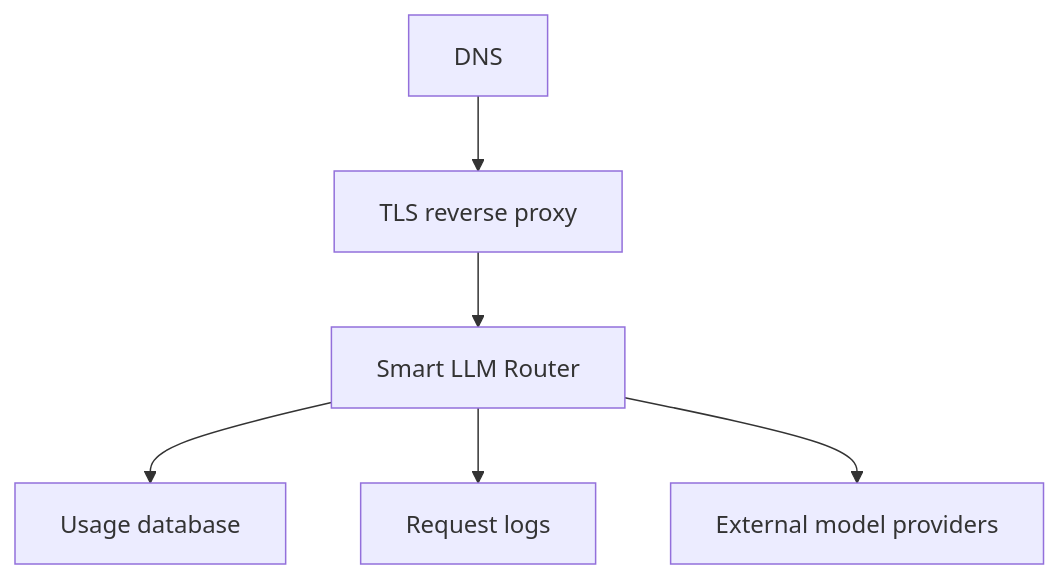
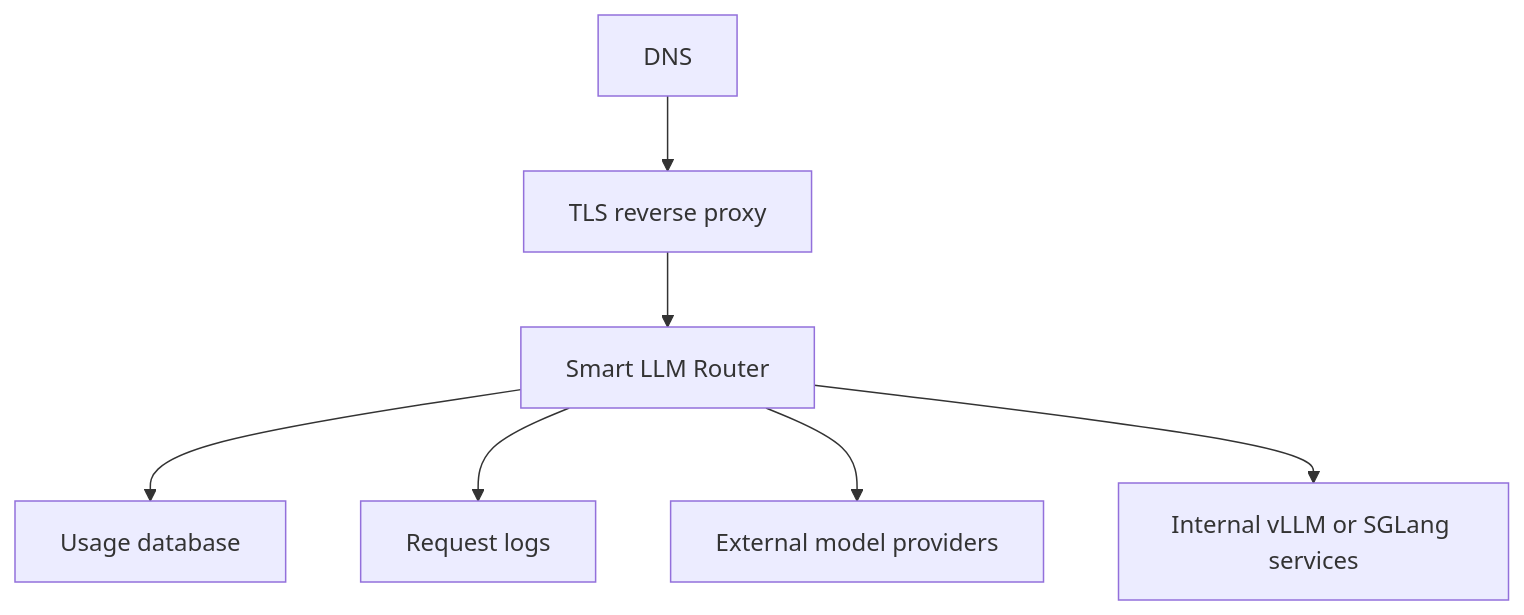
The diagram in docs-site/docs/operations/deployment.md (Metrum-AI-Products/genai-smart-router), drawn with Mermaid before and after one commit. The commit also changed other lines of this file and 22 other files, not shown here.

````diff
--- a/docs-site/docs/operations/deployment.md
+++ b/docs-site/docs/operations/deployment.md
@@ -15,8 +15,9 @@
 ```mermaid
 flowchart TB
   DNS[DNS] --> Proxy[TLS reverse proxy]
   Proxy --> Router[Smart LLM Router]
   Router --> DB[Usage database]
   Router --> Logs[Request logs]
   Router --> Providers[External model providers]
+  Router --> Internal[Internal vLLM or SGLang services]
 ```
````
